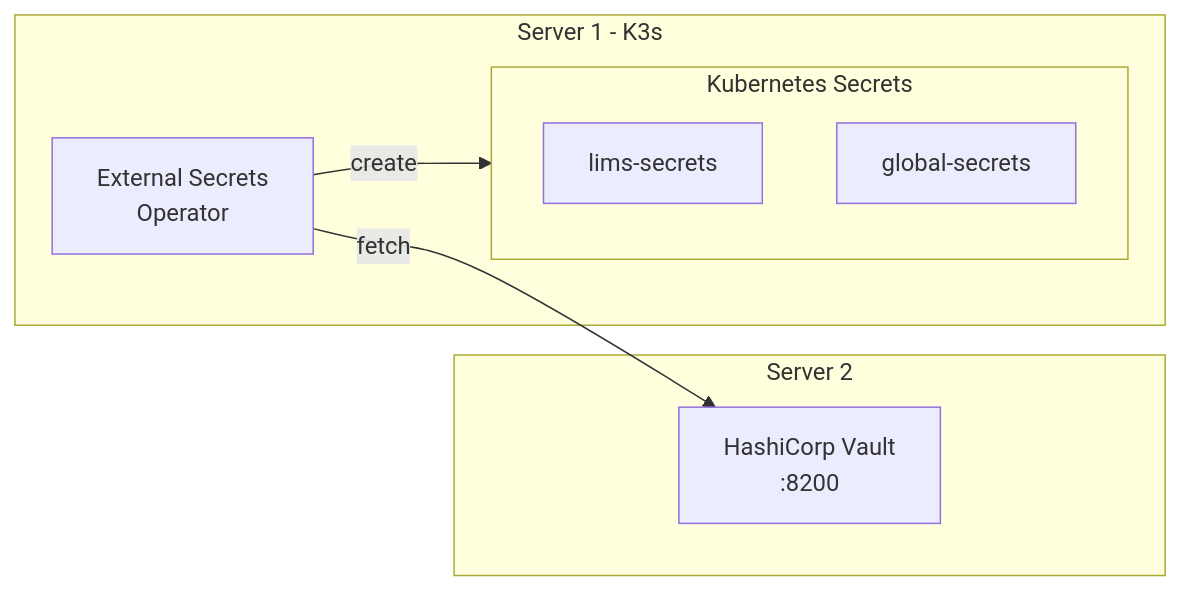
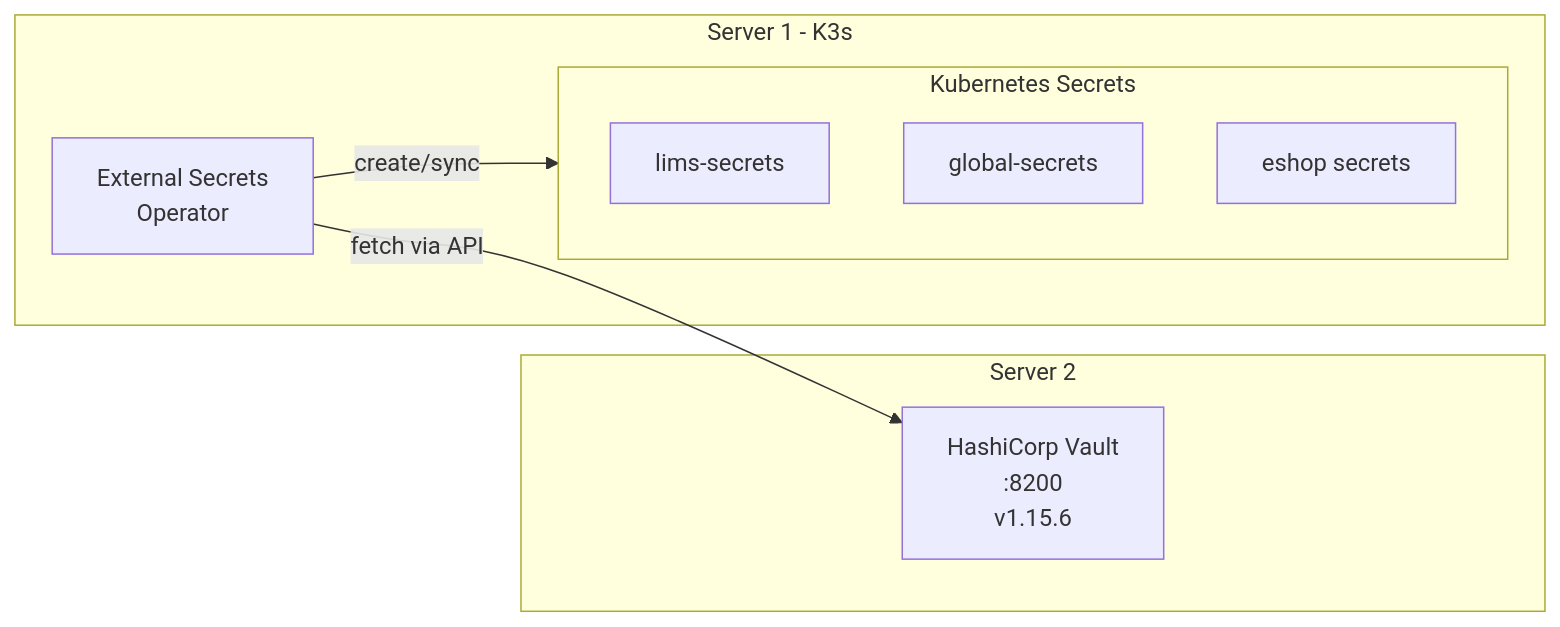
One commit to GABRIELS562/Architecture- changed the sixth of 7 diagrams in README.md. Above: the diagram before and after it, drawn with Mermaid. The commit also changed other lines of this file, not shown here.

First line of the commit message:
Complete architecture rewrite with verified data

````diff
--- a/README.md
+++ b/README.md
@@ -352,17 +338,18 @@
 ```mermaid
 flowchart LR
-    subgraph Server2["Server 2"]
-        VAULT["HashiCorp Vault<br/>:8200"]
+    subgraph S2["Server 2"]
+        VAULT["HashiCorp Vault<br/>:8200<br/>v1.15.6"]
     end
 
-    subgraph Server1["Server 1 - K3s"]
+    subgraph S1["Server 1 - K3s"]
         ESO["External Secrets<br/>Operator"]
         subgraph Secrets["Kubernetes Secrets"]
-            S1["lims-secrets"]
-            S2["global-secrets"]
+            S1S["lims-secrets"]
+            S2S["global-secrets"]
+            S3S["eshop secrets"]
         end
     end
 
-    ESO -->|fetch| VAULT
-    ESO -->|create| Secrets
+    ESO -->|"fetch via API"| VAULT
+    ESO -->|"create/sync"| Secrets
 ```
````
